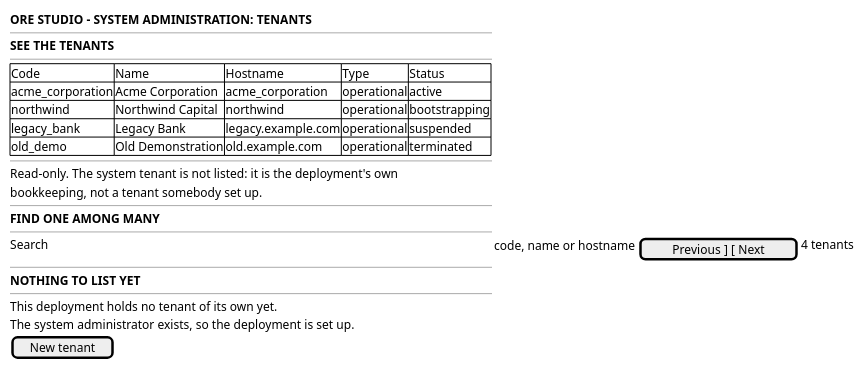
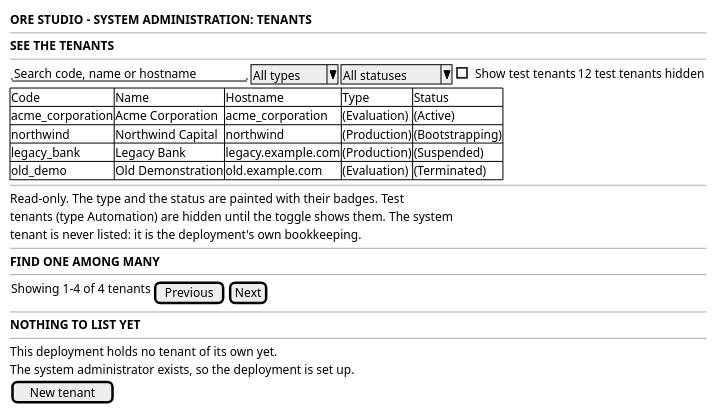
The diagram in doc/knowledge/journeys/tenancy/wireframe_see_the_tenants.puml (OreStudio/OreStudio), drawn with PlantUML before and after one commit. The commit also changed 3 other files, not shown here.

```diff
--- a/doc/knowledge/journeys/tenancy/wireframe_see_the_tenants.puml
+++ b/doc/knowledge/journeys/tenancy/wireframe_see_the_tenants.puml
@@ -18,31 +18,37 @@
 @startuml
 
 salt
 {
   <b>ORE STUDIO - SYSTEM ADMINISTRATION: TENANTS</b>
   --
   <b>SEE THE TENANTS</b>
   --
+  {
+    "Search code, name or hostname" | ^All types^ | ^All statuses^ | [ ] Show test tenants | 12 test tenants hidden
+  }
   {#
     Code | Name | Hostname | Type | Status
-    acme_corporation | Acme Corporation | acme_corporation | operational | active
-    northwind | Northwind Capital | northwind | operational | bootstrapping
-    legacy_bank | Legacy Bank | legacy.example.com | operational | suspended
-    old_demo | Old Demonstration | old.example.com | operational | terminated
+    acme_corporation | Acme Corporation | acme_corporation | (Evaluation) | (Active)
+    northwind | Northwind Capital | northwind | (Production) | (Bootstrapping)
+    legacy_bank | Legacy Bank | legacy.example.com | (Production) | (Suspended)
+    old_demo | Old Demonstration | old.example.com | (Evaluation) | (Terminated)
   }
   --
-  Read-only. The system tenant is not listed: it is the deployment's own
-  bookkeeping, not a tenant somebody set up.
+  Read-only. The type and the status are painted with their badges. Test
+  tenants (type Automation) are hidden until the toggle shows them. The system
+  tenant is never listed: it is the deployment's own bookkeeping.
   --
   <b>FIND ONE AMONG MANY</b>
   --
-  Search {code, name or hostname} | [ Previous ] [ Next ] | 4 tenants
+  {
+    Showing 1-4 of 4 tenants | [Previous] | [Next]
+  }
   --
   <b>NOTHING TO LIST YET</b>
   --
   This deployment holds no tenant of its own yet.
   The system administrator exists, so the deployment is set up.
   [ New tenant ]
 }
 
 @enduml
```
